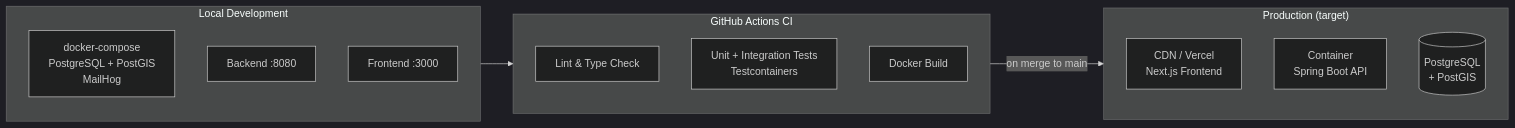
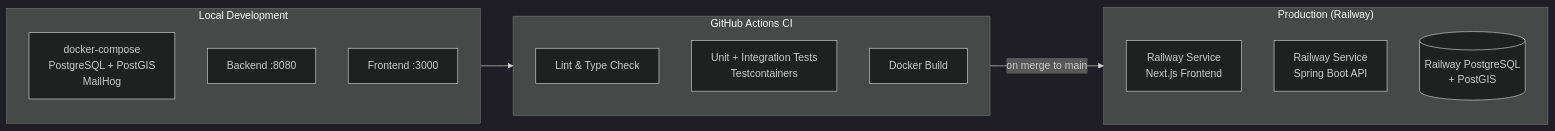
One commit to jordi-gil-n26/AI4Devs-finalproject-JGLL changed the second of 3 diagrams in readme.md. Above: the diagram before and after it, drawn with Mermaid (dark theme). The commit also changed other lines of this file, not shown here.

Commit message:
docs(readme): add production URL, live testing guide, Railway deployment info

````diff
--- a/readme.md
+++ b/readme.md
@@ -311,23 +358,23 @@
 ```mermaid
 graph LR
     subgraph Local["Local Development"]
         DC[docker-compose\nPostgreSQL + PostGIS\nMailHog]
         BE[Backend :8080]
         FE[Frontend :3000]
     end
 
     subgraph CI["GitHub Actions CI"]
         LINT[Lint & Type Check]
         TEST[Unit + Integration Tests\nTestcontainers]
         BUILD[Docker Build]
     end
 
-    subgraph Prod["Production (target)"]
-        CDN[CDN / Vercel\nNext.js Frontend]
-        API[Container\nSpring Boot API]
-        DB[(PostgreSQL\n+ PostGIS)]
+    subgraph Prod["Production (Railway)"]
+        CDN[Railway Service\nNext.js Frontend]
+        API[Railway Service\nSpring Boot API]
+        DB[(Railway PostgreSQL\n+ PostGIS)]
     end
 
     Local --> CI
     CI -->|on merge to main| Prod
 ```
````
